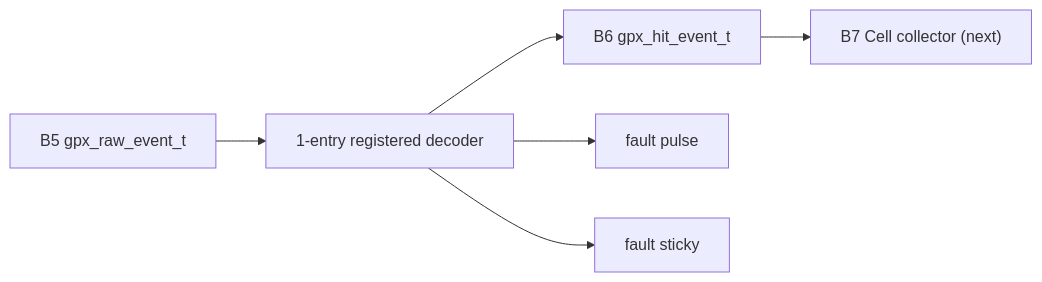
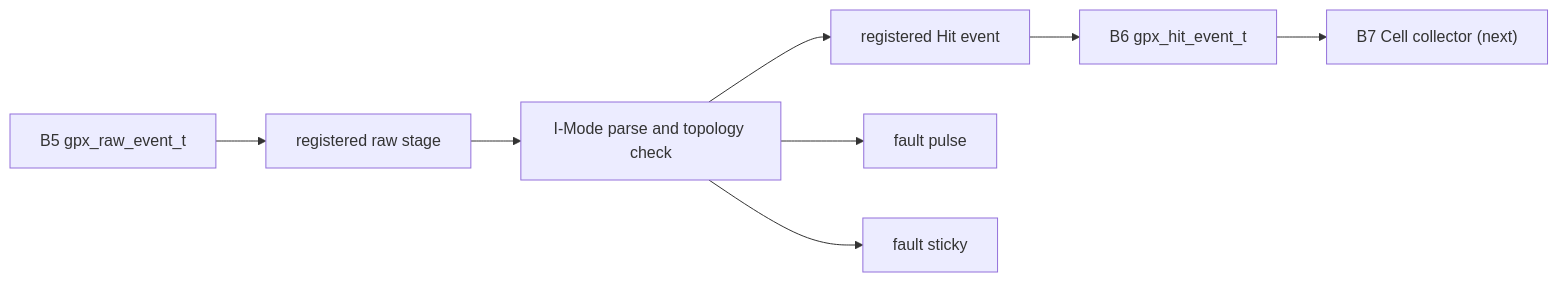
One commit to haneulia/tdc_gpx_ctrl changed the diagram in system_integration/v2_architecture/V2_CHECKPOINT_I1_GPX_HIT_DECODER.md. Above: the diagram before and after it, drawn with Mermaid. The commit also changed other lines of this file and 17 other files, not shown here.

Commit message:
refactor: pipeline GPX hit and cell ownership

````diff
--- a/system_integration/v2_architecture/V2_CHECKPOINT_I1_GPX_HIT_DECODER.md
+++ b/system_integration/v2_architecture/V2_CHECKPOINT_I1_GPX_HIT_DECODER.md
@@ -12,8 +12,10 @@
 ```mermaid
 flowchart LR
-    B5["B5 gpx_raw_event_t"] --> R["1-entry registered decoder"]
-    R --> B6["B6 gpx_hit_event_t"]
-    R --> P["fault pulse"]
-    R --> S["fault sticky"]
+    B5["B5 gpx_raw_event_t"] --> IN["registered raw stage"]
+    IN --> DEC["I-Mode parse and topology check"]
+    DEC --> OUT["registered Hit event"]
+    OUT --> B6["B6 gpx_hit_event_t"]
+    DEC --> P["fault pulse"]
+    DEC --> S["fault sticky"]
     B6 --> N["B7 Cell collector (next)"]
 ```
````
